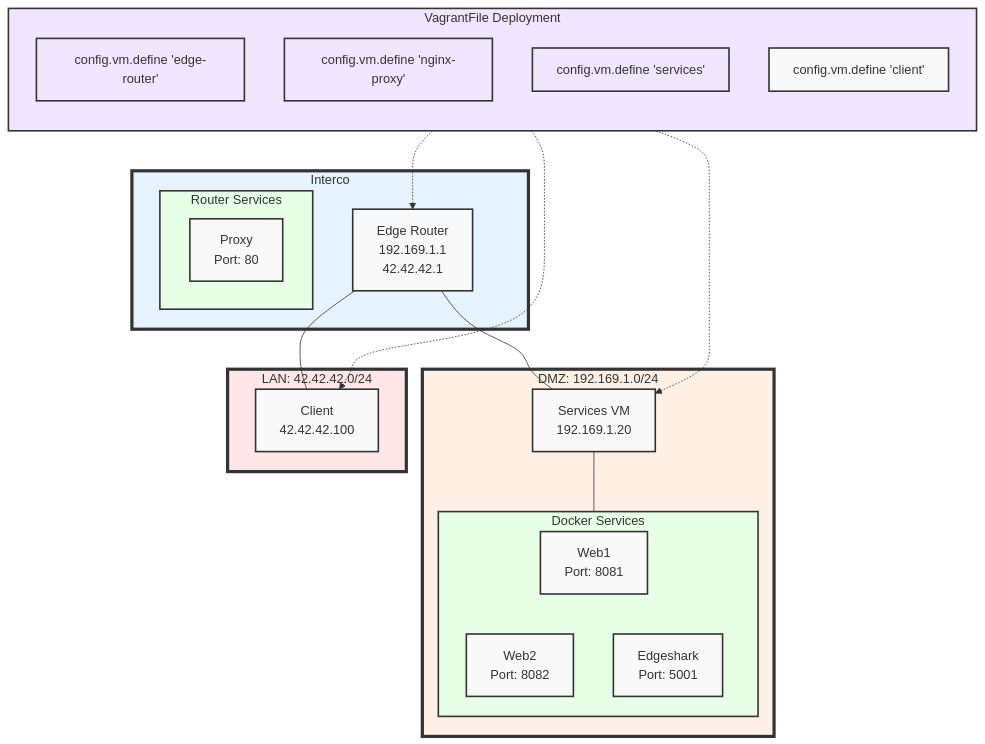
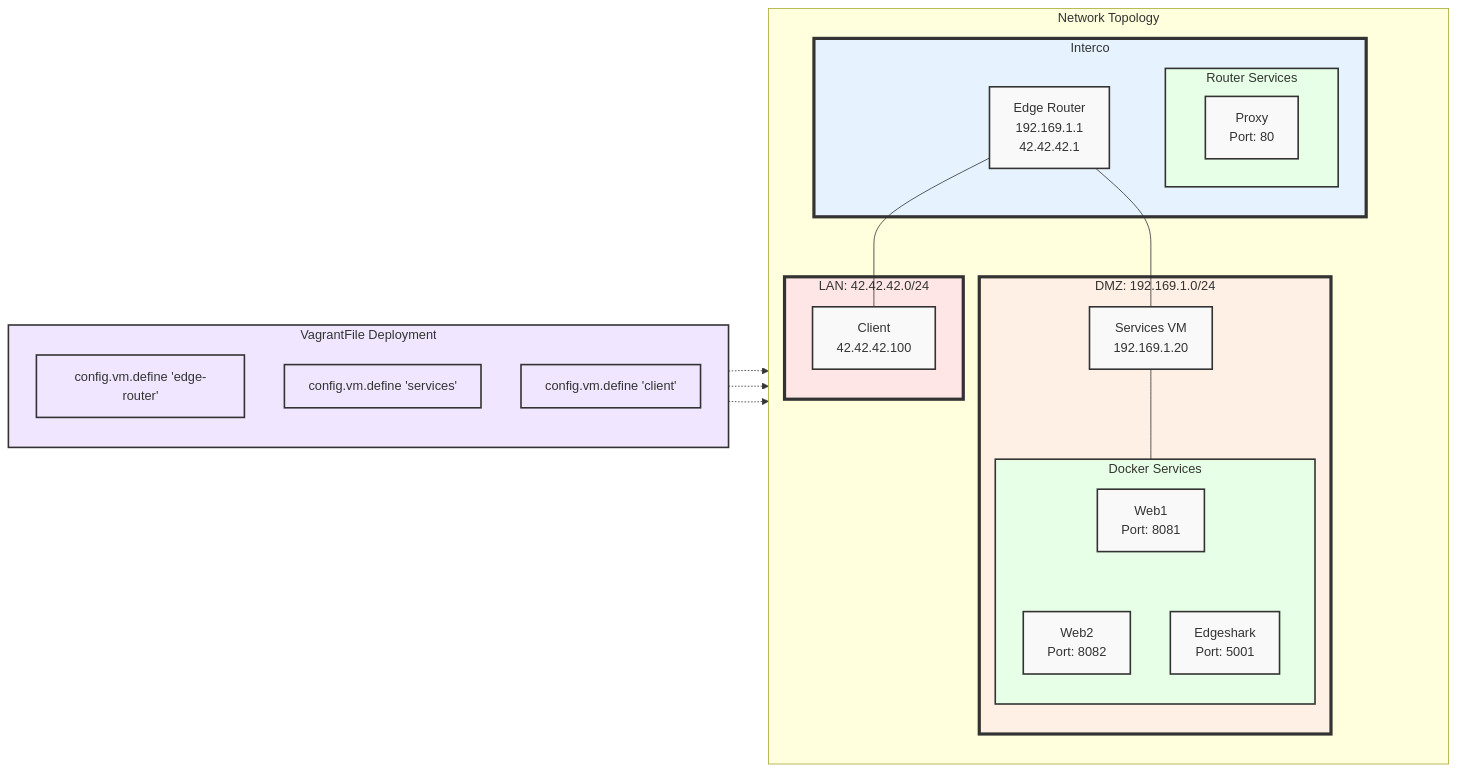
Before and after one commit to P4C-M4N/projet_reseau: the diagram in README.md, drawn with Mermaid.

````diff
--- a/README.md
+++ b/README.md
@@ -41,49 +41,52 @@
 ```mermaid
-graph TD
-    subgraph Interco[Interco]
-        style Interco fill:#e6f3ff,stroke:#333,stroke-width:4px
-        EdgeRouter[Edge Router<br>192.169.1.1<br>42.42.42.1]
-        subgraph RouterServices[Router Services]
-            style RouterServices fill:#e6ffe6,stroke:#333,stroke-width:2px
-            NginxReverseProxy["Proxy<br>Port: 80"]
-        end
-    end
-
-    subgraph DMZ[DMZ: 192.169.1.0/24]
-        style DMZ fill:#fff0e6,stroke:#333,stroke-width:4px
-        Services[Services VM<br>192.169.1.20]
-        subgraph DockerServices[Docker Services]
-            style DockerServices fill:#e6ffe6,stroke:#333,stroke-width:2px
-            Web1["Web1<br>Port: 8081"]
-            Web2["Web2<br>Port: 8082"]
-            Edgeshark["Edgeshark<br>Port: 5001"]
-        end
-    end
-
-    subgraph LAN[LAN: 42.42.42.0/24]
-        style LAN fill:#ffe6e6,stroke:#333,stroke-width:4px
-        Client[Client<br>42.42.42.100]
-    end
-
+graph LR
     subgraph VagrantFile[VagrantFile Deployment]
         direction TB
         style VagrantFile fill:#f0e6ff,stroke:#333,stroke-width:2px
         VF1["config.vm.define 'edge-router'"]
-        VF2["config.vm.define 'nginx-proxy'"]
-        VF3["config.vm.define 'services'"]
-        VF4["config.vm.define 'client'"]
+        VF2["config.vm.define 'services'"]
+        VF3["config.vm.define 'client'"]
+    end
+
+    subgraph Network[Network Topology]
+        direction TB
+        subgraph Interco[Interco]
+            style Interco fill:#e6f3ff,stroke:#333,stroke-width:4px
+            EdgeRouter[Edge Router<br>192.169.1.1<br>42.42.42.1]
+            subgraph RouterServices[Router Services]
+                style RouterServices fill:#e6ffe6,stroke:#333,stroke-width:2px
+                NginxReverseProxy["Proxy<br>Port: 80"]
+            end
+        end
+
+        subgraph DMZ[DMZ: 192.169.1.0/24]
+            style DMZ fill:#fff0e6,stroke:#333,stroke-width:4px
+            Services[Services VM<br>192.169.1.20]
+            subgraph DockerServices[Docker Services]
+                style DockerServices fill:#e6ffe6,stroke:#333,stroke-width:2px
+                Web1["Web1<br>Port: 8081"]
+                Web2["Web2<br>Port: 8082"]
+                Edgeshark["Edgeshark<br>Port: 5001"]
+            end
+        end
+
+        subgraph LAN[LAN: 42.42.42.0/24]
+            style LAN fill:#ffe6e6,stroke:#333,stroke-width:4px
+            Client[Client<br>42.42.42.100]
+        end
     end
 
     Interco --- EdgeRouter
     EdgeRouter --- Client
     EdgeRouter --- Services
     Services --- DockerServices
     DockerServices --- Web1 & Web2 & Edgeshark
     VF1 -.-> EdgeRouter
     VF2 -.-> Services
     VF3 -.-> Client
 
     classDef default fill:#f9f9f9,stroke:#333,stroke-width:2px;
     classDef vagrantFile fill:#f0e6ff,stroke:#333,stroke-width:2px;
     class VF1,VF2,VF3 vagrantFile;
+
 ```
````
